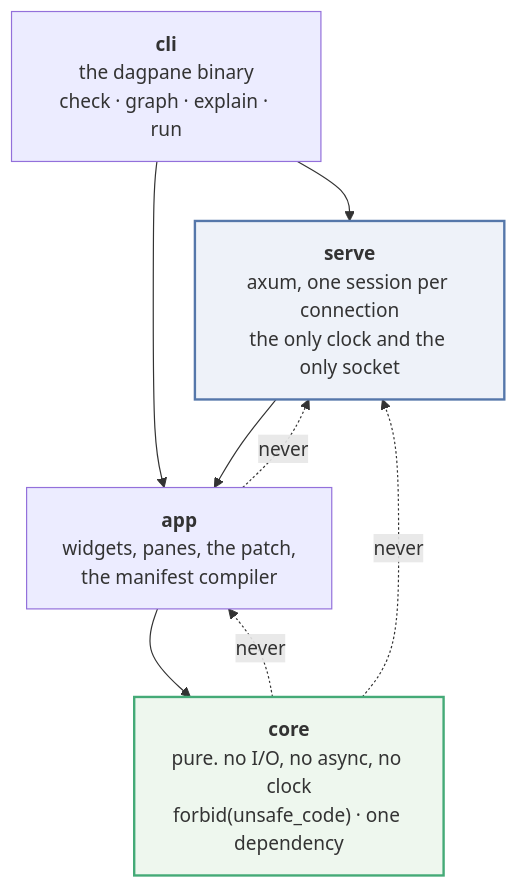
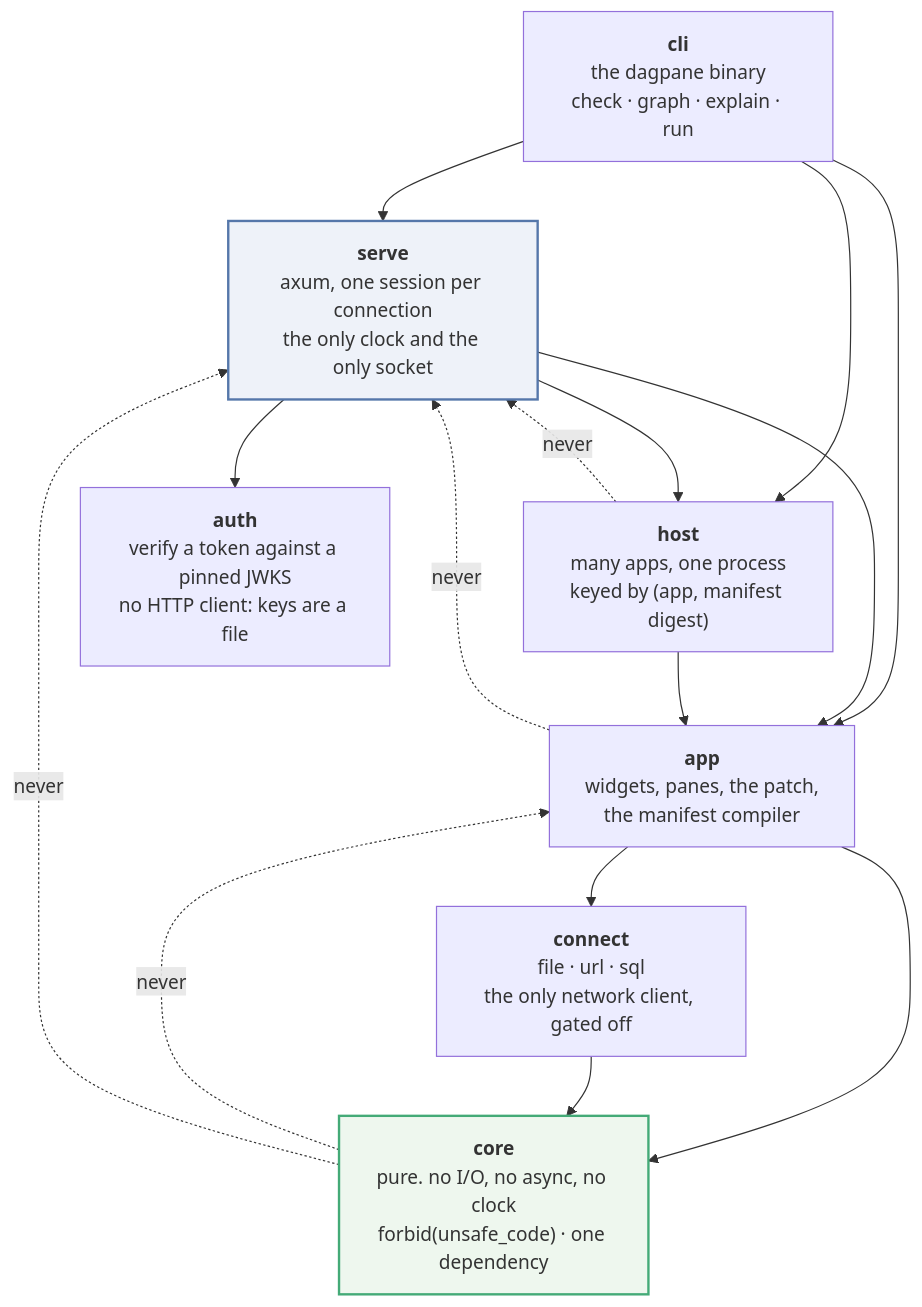
The diagram in ARCHITECTURE.md (lucheeseng827/dagpane), drawn with Mermaid before and after one commit. The commit also changed other lines of this file and 203 other files, not shown here.

````diff
--- a/ARCHITECTURE.md
+++ b/ARCHITECTURE.md
@@ -36,20 +36,30 @@
 ```mermaid
 flowchart TD
     cli["<b>cli</b><br/>the dagpane binary<br/>check · graph · explain · run"]
     serve["<b>serve</b><br/>axum, one session per connection<br/>the only clock and the only socket"]
+    host["<b>host</b><br/>many apps, one process<br/>keyed by (app, manifest digest)"]
     app["<b>app</b><br/>widgets, panes, the patch,<br/>the manifest compiler"]
+    connect["<b>connect</b><br/>file · url · sql<br/>the only network client, gated off"]
+    auth["<b>auth</b><br/>verify a token against a pinned JWKS<br/>no HTTP client: keys are a file"]
     core["<b>core</b><br/>pure. no I/O, no async, no clock<br/>forbid(unsafe_code) · one dependency"]
 
     cli --> serve
     cli --> app
+    cli --> host
+    serve --> host
+    serve --> auth
     serve --> app
+    host --> app
+    app --> connect
     app --> core
+    connect --> core
     core -. "never" .-> app
     core -. "never" .-> serve
     app -. "never" .-> serve
+    host -. "never" .-> serve
 
     classDef pure fill:#eef7ee,stroke:#4a7,stroke-width:2px
     classDef io fill:#eef2f9,stroke:#57a,stroke-width:2px
     class core pure
     class serve io
 ```
````
